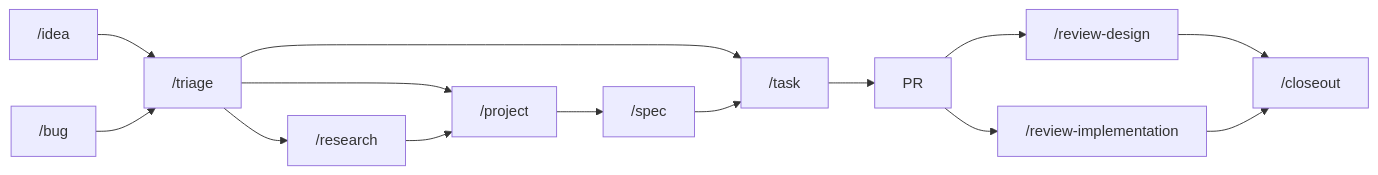
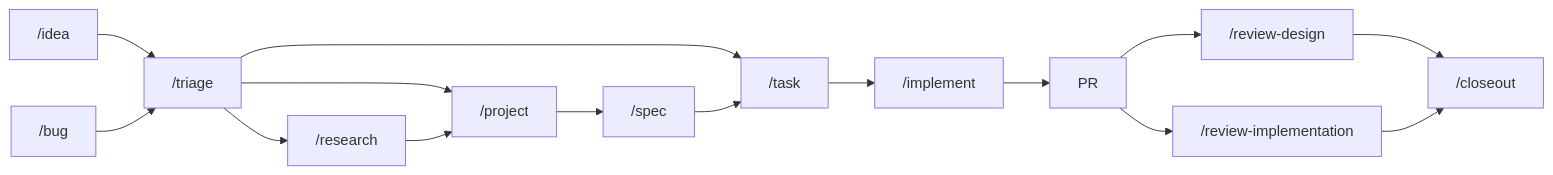
The diagram in docs/spec/development-lifecycle.md (Cogni-DAO/node-template), drawn with Mermaid before and after one commit. The commit also changed other lines of this file and 1 other file, not shown here.

Commit message:
feat(commands): add /implement command for task/bug execution
Senior software engineer role that executes work items step by step:
confirms clean baseline, identifies checkpoints in the todo list,
implements with frequent lint/format, writes tests at each checkpoint,
and hands off to /review-implementation when done. Pauses cleanly
on blockers instead of hacking through them.

````diff
--- a/docs/spec/development-lifecycle.md
+++ b/docs/spec/development-lifecycle.md
@@ -33,16 +33,17 @@
 ```mermaid
 graph LR
   idea["/idea"] --> triage["/triage"]
   bug["/bug"] --> triage
   triage --> research["/research"]
   triage --> project["/project"]
   triage --> task["/task"]
   research --> project
   project --> spec["/spec"]
   spec --> task
-  task --> PR
+  task --> implement["/implement"]
+  implement --> PR
   PR --> review_d["/review-design"]
   PR --> review_i["/review-implementation"]
   review_d --> closeout["/closeout"]
   review_i --> closeout
 ```
````
